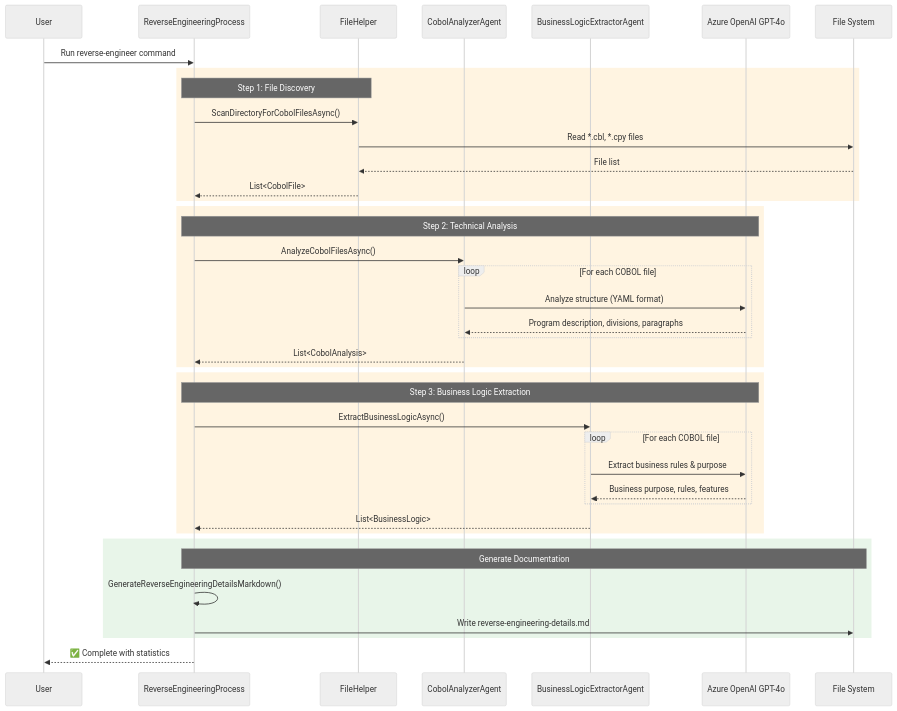
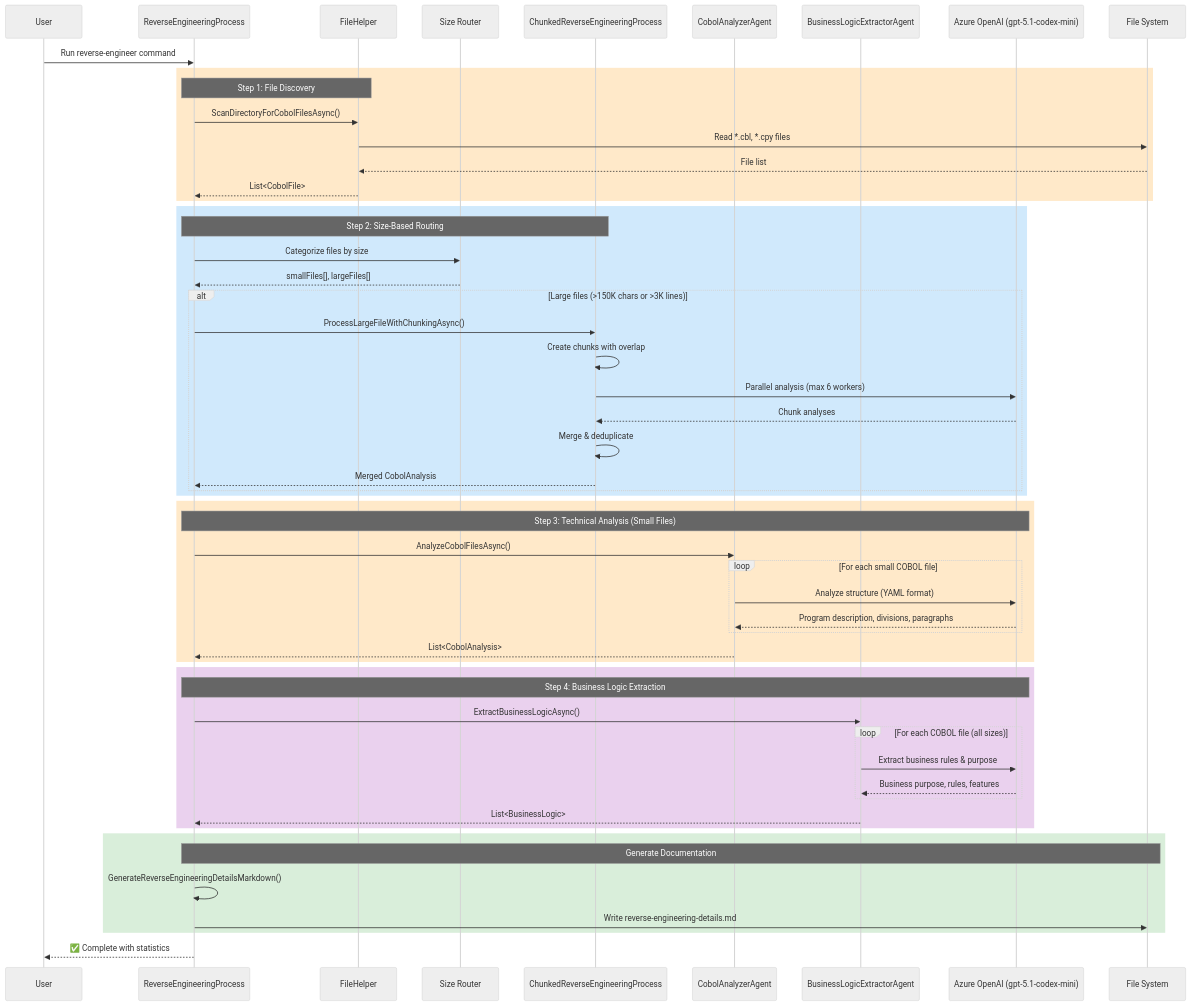
The fourth of 7 diagrams in REVERSE_ENGINEERING_ARCHITECTURE.md (Azure-Samples/Legacy-Modernization-Agents), drawn with Mermaid (neutral theme) before and after one commit. The commit also changed other lines of this file and 91 other files, not shown here.

````diff
--- a/REVERSE_ENGINEERING_ARCHITECTURE.md
+++ b/REVERSE_ENGINEERING_ARCHITECTURE.md
@@ -86,48 +211,65 @@
 ```mermaid
 sequenceDiagram
     participant User
     participant Process as ReverseEngineeringProcess
     participant FileHelper
+    participant SizeRouter as Size Router
+    participant ChunkedProcess as ChunkedReverseEngineeringProcess
     participant CobolAgent as CobolAnalyzerAgent
     participant BusinessAgent as BusinessLogicExtractorAgent
-    participant AI as Azure OpenAI GPT-4o
+    participant AI as Azure OpenAI (gpt-5.1-codex-mini)
     participant FS as File System
     
     User->>Process: Run reverse-engineer command
     
-    rect rgb(255, 244, 225)
+    rect rgba(255, 183, 77, 0.3)
     Note over Process,FileHelper: Step 1: File Discovery
     Process->>FileHelper: ScanDirectoryForCobolFilesAsync()
     FileHelper->>FS: Read *.cbl, *.cpy files
     FS-->>FileHelper: File list
     FileHelper-->>Process: List<CobolFile>
     end
     
-    rect rgb(255, 244, 225)
-    Note over Process,AI: Step 2: Technical Analysis
+    rect rgba(100, 181, 246, 0.3)
+    Note over Process,ChunkedProcess: Step 2: Size-Based Routing
+    Process->>SizeRouter: Categorize files by size
+    SizeRouter-->>Process: smallFiles[], largeFiles[]
+    
+    alt Large files (>150K chars or >3K lines)
+        Process->>ChunkedProcess: ProcessLargeFileWithChunkingAsync()
+        ChunkedProcess->>ChunkedProcess: Create chunks with overlap
+        ChunkedProcess->>AI: Parallel analysis (max 6 workers)
+        AI-->>ChunkedProcess: Chunk analyses
+        ChunkedProcess->>ChunkedProcess: Merge & deduplicate
+        ChunkedProcess-->>Process: Merged CobolAnalysis
+    end
+    end
+    
+    rect rgba(255, 183, 77, 0.3)
+    Note over Process,AI: Step 3: Technical Analysis (Small Files)
     Process->>CobolAgent: AnalyzeCobolFilesAsync()
-    loop For each COBOL file
+    loop For each small COBOL file
         CobolAgent->>AI: Analyze structure (YAML format)
         AI-->>CobolAgent: Program description, divisions, paragraphs
     end
     CobolAgent-->>Process: List<CobolAnalysis>
     end
     
-    rect rgb(255, 244, 225)
-    Note over Process,AI: Step 3: Business Logic Extraction
+    rect rgba(186, 104, 200, 0.3)
+    Note over Process,AI: Step 4: Business Logic Extraction
     Process->>BusinessAgent: ExtractBusinessLogicAsync()
-    loop For each COBOL file
+    loop For each COBOL file (all sizes)
         BusinessAgent->>AI: Extract business rules & purpose
         AI-->>BusinessAgent: Business purpose, rules, features
     end
     BusinessAgent-->>Process: List<BusinessLogic>
     end
     
-    rect rgb(232, 245, 233)
+    rect rgba(129, 199, 132, 0.3)
     Note over Process,FS: Generate Documentation
     Process->>Process: GenerateReverseEngineeringDetailsMarkdown()
     Process->>FS: Write reverse-engineering-details.md
     end
     
     Process-->>User: ✅ Complete with statistics
 ```
````
